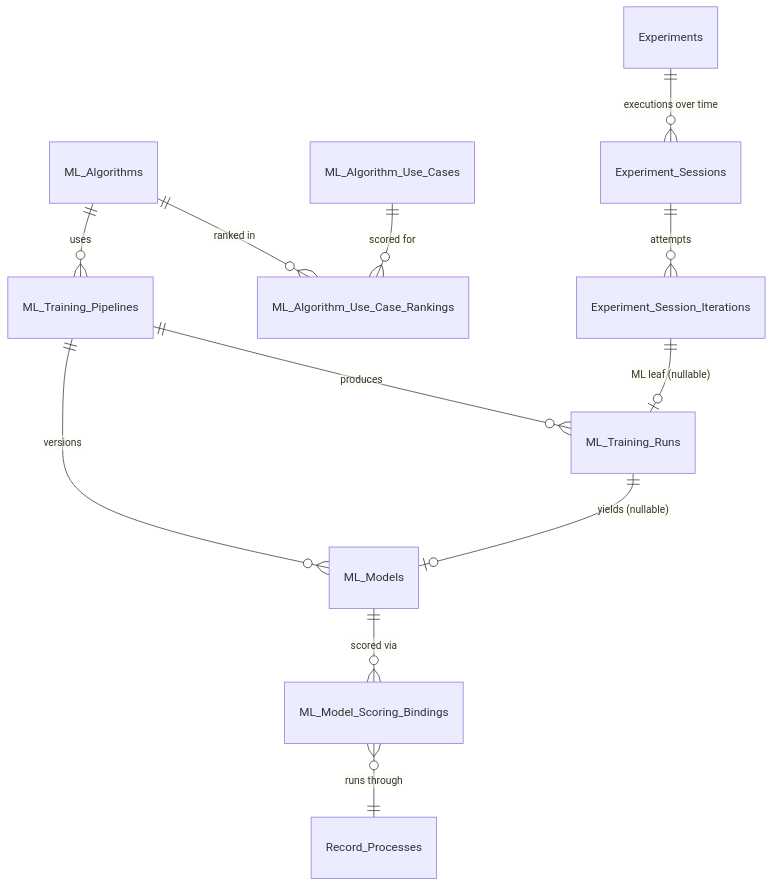
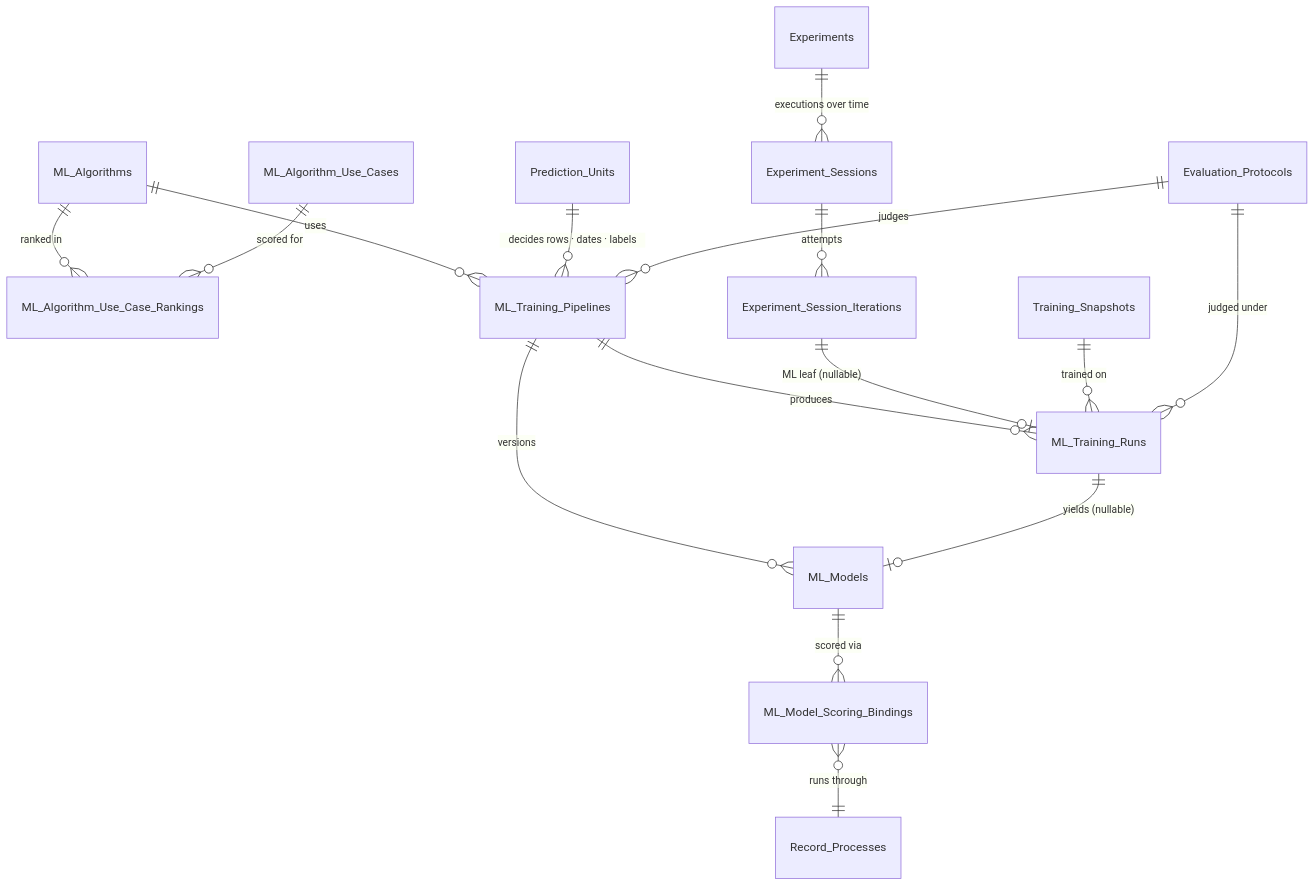
Before and after one commit to MemberJunction/MJ: the ninth of 15 diagrams in guides/PREDICTIVE_STUDIO_GUIDE.md, drawn with Mermaid. The commit also changed other lines of this file and 4 other files, not shown here.

````diff
--- a/guides/PREDICTIVE_STUDIO_GUIDE.md
+++ b/guides/PREDICTIVE_STUDIO_GUIDE.md
@@ -544,14 +541,18 @@
 ```mermaid
 erDiagram
     ML_Algorithms ||--o{ ML_Algorithm_Use_Case_Rankings : "ranked in"
     ML_Algorithm_Use_Cases ||--o{ ML_Algorithm_Use_Case_Rankings : "scored for"
     ML_Algorithms ||--o{ ML_Training_Pipelines : "uses"
     ML_Training_Pipelines ||--o{ ML_Training_Runs : "produces"
     ML_Training_Pipelines ||--o{ ML_Models : "versions"
     ML_Training_Runs ||--o| ML_Models : "yields (nullable)"
     Experiments ||--o{ Experiment_Sessions : "executions over time"
     Experiment_Sessions ||--o{ Experiment_Session_Iterations : "attempts"
     Experiment_Session_Iterations ||--o| ML_Training_Runs : "ML leaf (nullable)"
+    Prediction_Units ||--o{ ML_Training_Pipelines : "decides rows · dates · labels"
+    Evaluation_Protocols ||--o{ ML_Training_Pipelines : "judges"
+    Training_Snapshots ||--o{ ML_Training_Runs : "trained on"
+    Evaluation_Protocols ||--o{ ML_Training_Runs : "judged under"
     ML_Models ||--o{ ML_Model_Scoring_Bindings : "scored via"
     ML_Model_Scoring_Bindings }o--|| Record_Processes : "runs through"
 ```
````
